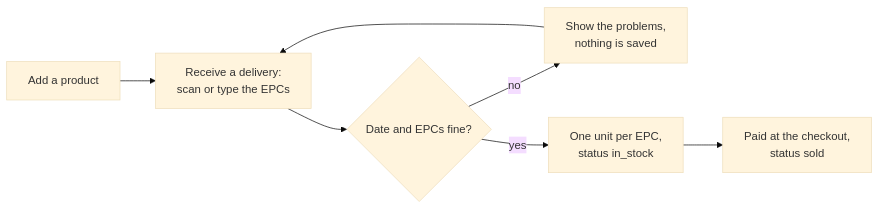
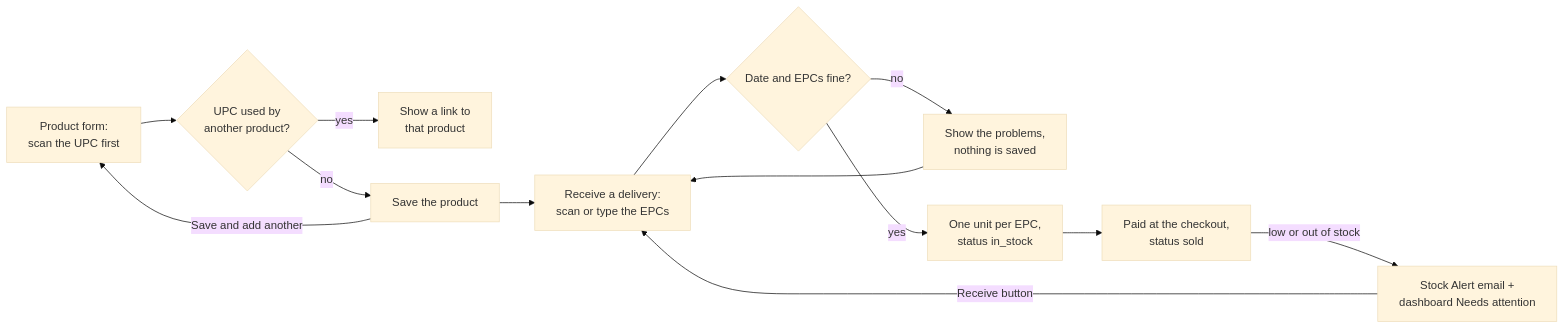
Before and after one commit to gvogas/IoT: the fifth of 8 diagrams in docs/architecture.md, drawn with Mermaid (base theme). The commit also changed other lines of this file and 3 other files, not shown here.

````diff
--- a/docs/architecture.md
+++ b/docs/architecture.md
@@ -217,9 +229,15 @@
 ```mermaid
 flowchart LR
-    Add["Add a product"] --> Receive["Receive a delivery:<br/>scan or type the EPCs"]
+    Scan["Product form:<br/>scan the UPC first"] --> Taken{"UPC used by<br/>another product?"}
+    Taken -->|yes| Link["Show a link to<br/>that product"]
+    Taken -->|no| Add["Save the product"]
+    Add -->|"Save and add another"| Scan
+    Add --> Receive["Receive a delivery:<br/>scan or type the EPCs"]
     Receive --> Check{"Date and EPCs fine?"}
     Check -->|no| Fix["Show the problems,<br/>nothing is saved"]
     Fix --> Receive
     Check -->|yes| InStock["One unit per EPC,<br/>status in_stock"]
     InStock --> Sold["Paid at the checkout,<br/>status sold"]
+    Sold -->|"low or out of stock"| Attention["Stock Alert email +<br/>dashboard Needs attention"]
+    Attention -->|"Receive button"| Receive
 ```
````
